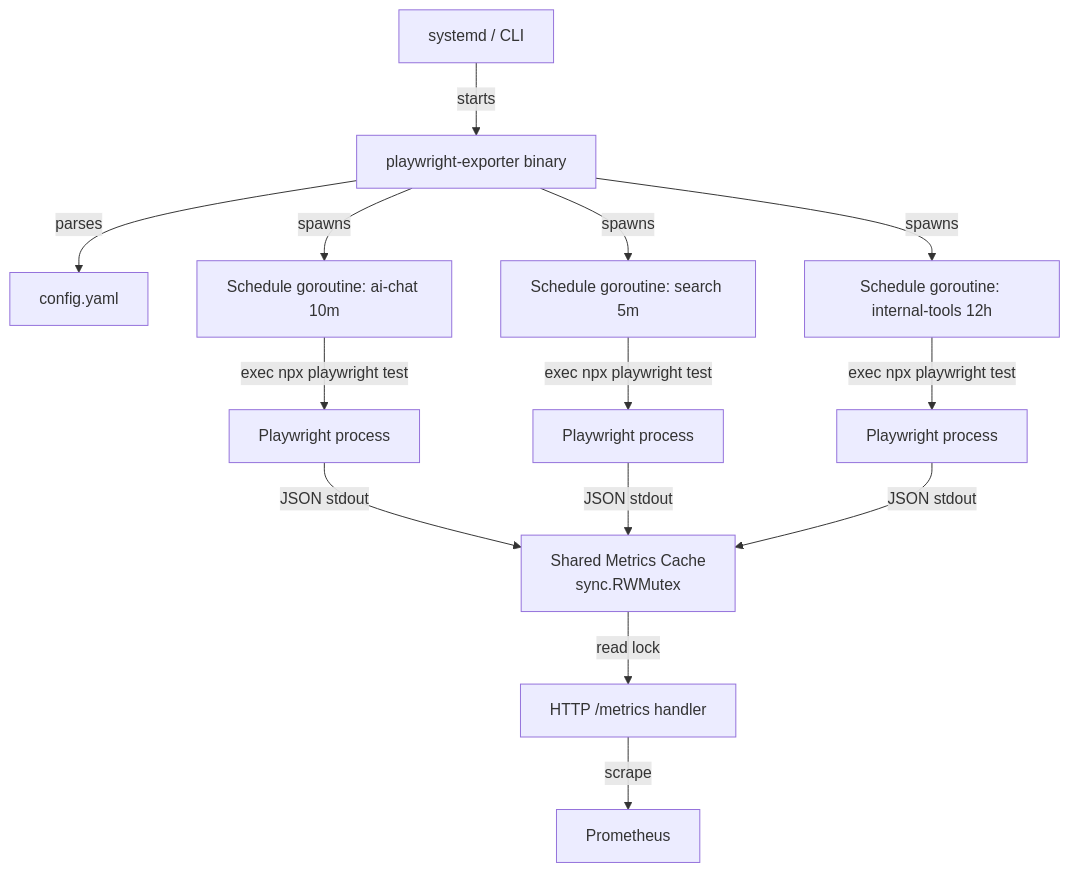
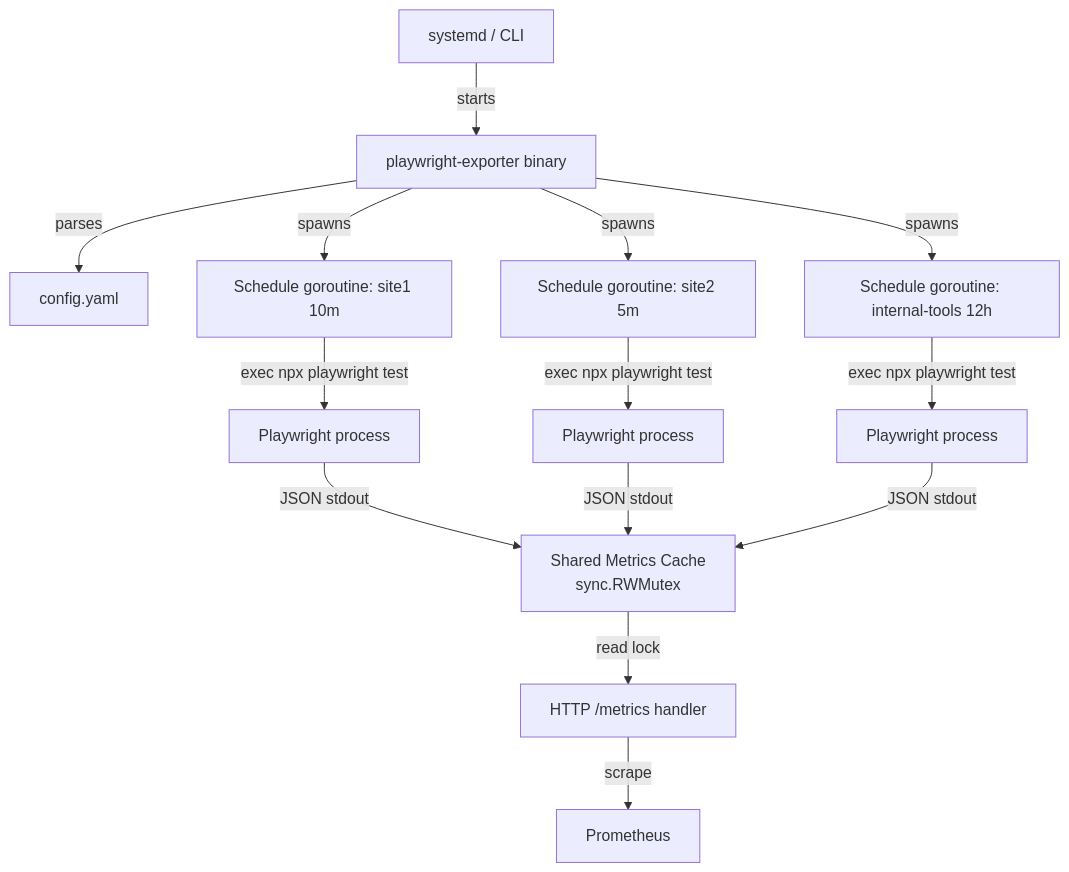
The diagram in README.md (maravexa/playwright-exporter), drawn with Mermaid before and after one commit. The commit also changed 2 other files, not shown here.

Commit message:
Add CLAUDE.md and cleanup examples

````diff
--- a/README.md
+++ b/README.md
@@ -7,16 +7,16 @@
 ```mermaid
 graph TD
     A[systemd / CLI] -->|starts| B[playwright-exporter binary]
     B -->|parses| C[config.yaml]
-    B -->|spawns| D[Schedule goroutine: ai-chat 10m]
-    B -->|spawns| E[Schedule goroutine: search 5m]
+    B -->|spawns| D[Schedule goroutine: site1 10m]
+    B -->|spawns| E[Schedule goroutine: site2 5m]
     B -->|spawns| F[Schedule goroutine: internal-tools 12h]
     D -->|exec npx playwright test| G[Playwright process]
     E -->|exec npx playwright test| H[Playwright process]
     F -->|exec npx playwright test| I[Playwright process]
     G -->|JSON stdout| J[Shared Metrics Cache\nsync.RWMutex]
     H -->|JSON stdout| J
     I -->|JSON stdout| J
     J -->|read lock| K[HTTP /metrics handler]
     K -->|scrape| L[Prometheus]
 ```
````
